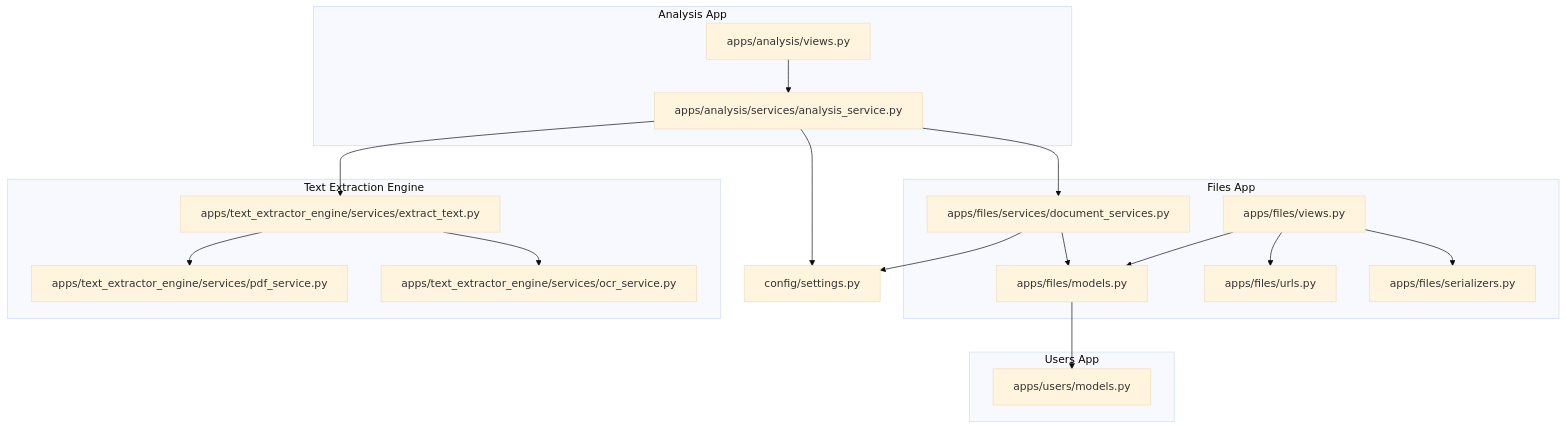
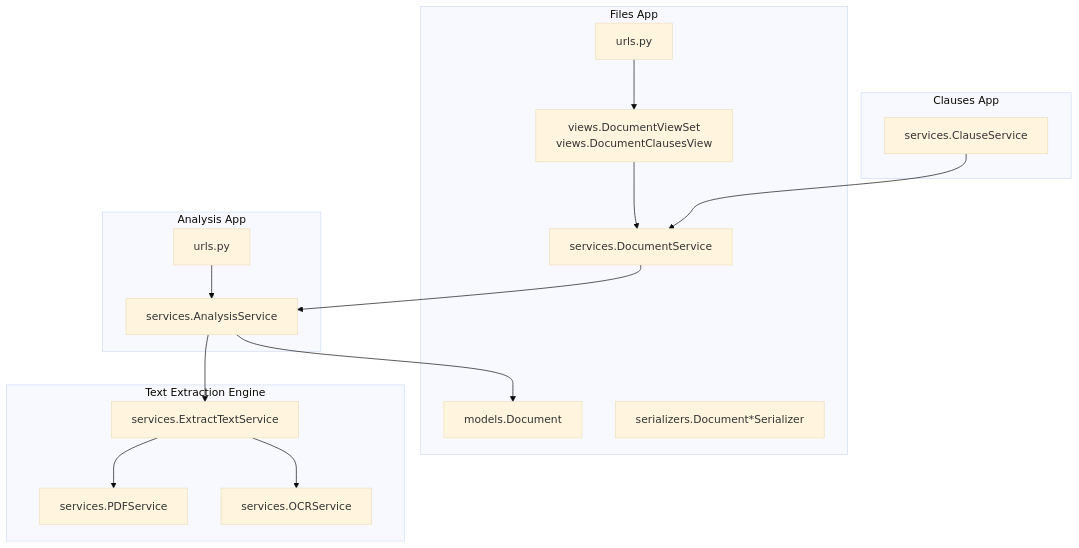
Before and after one commit to HamzaHindo/veritasshield: the first of 7 diagrams in backend/.qoder/repowiki/en/content/Document Management/Document Management.md, drawn with Mermaid (base theme). The commit also changed other lines of this file and 49 other files, not shown here.

````diff
--- a/backend/.qoder/repowiki/en/content/Document Management/Document Management.md
+++ b/backend/.qoder/repowiki/en/content/Document Management/Document Management.md
@@ -44,35 +42,31 @@
 ```mermaid
 graph TB
 subgraph "Files App"
-FM["apps/files/models.py"]
-FS["apps/files/services/document_services.py"]
-FV["apps/files/views.py"]
-FU["apps/files/urls.py"]
-FSR["apps/files/serializers.py"]
+FM["models.Document"]
+FS["serializers.Document*Serializer"]
+FV["views.DocumentViewSet<br/>views.DocumentClausesView"]
+FURL["urls.py"]
+FD["services.DocumentService"]
 end
 subgraph "Analysis App"
-AS["apps/analysis/services/analysis_service.py"]
-AV["apps/analysis/views.py"]
+AS["services.AnalysisService"]
+AU["urls.py"]
 end
 subgraph "Text Extraction Engine"
-EP["apps/text_extractor_engine/services/pdf_service.py"]
-EO["apps/text_extractor_engine/services/ocr_service.py"]
-ET["apps/text_extractor_engine/services/extract_text.py"]
+EX["services.ExtractTextService"]
+PDF["services.PDFService"]
+OCR["services.OCRService"]
 end
-subgraph "Users App"
-UM["apps/users/models.py"]
+subgraph "Clauses App"
+CS["services.ClauseService"]
 end
-CFG["config/settings.py"]
-FV --> FSR
-FV --> FM
-FS --> FM
-AS --> FS
-AS --> ET
-ET --> EP
-ET --> EO
-FV --> FU
-AV --> AS
-FS --> CFG
-AS --> CFG
-FM --> UM
+FURL --> FV
+AU --> AS
+AS --> FM
+AS --> EX
+EX --> PDF
+EX --> OCR
+FV --> FD
+FD --> AS
+CS --> FD
 ```
````
